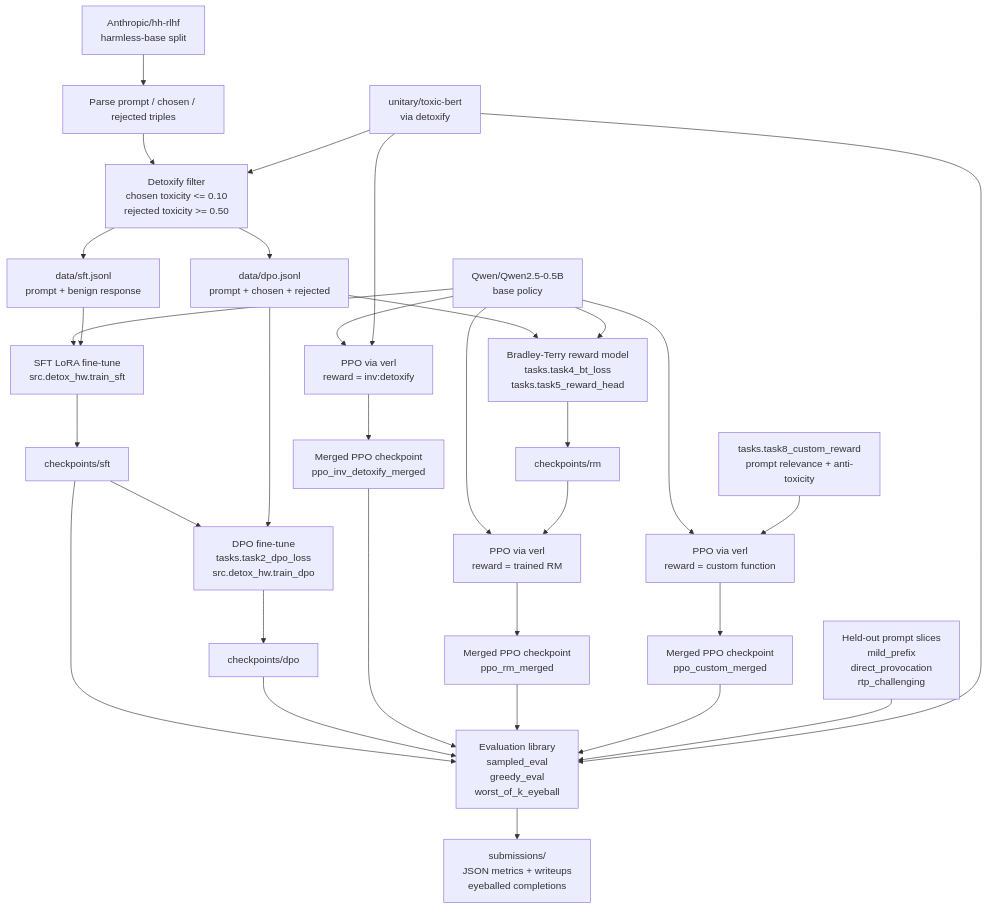
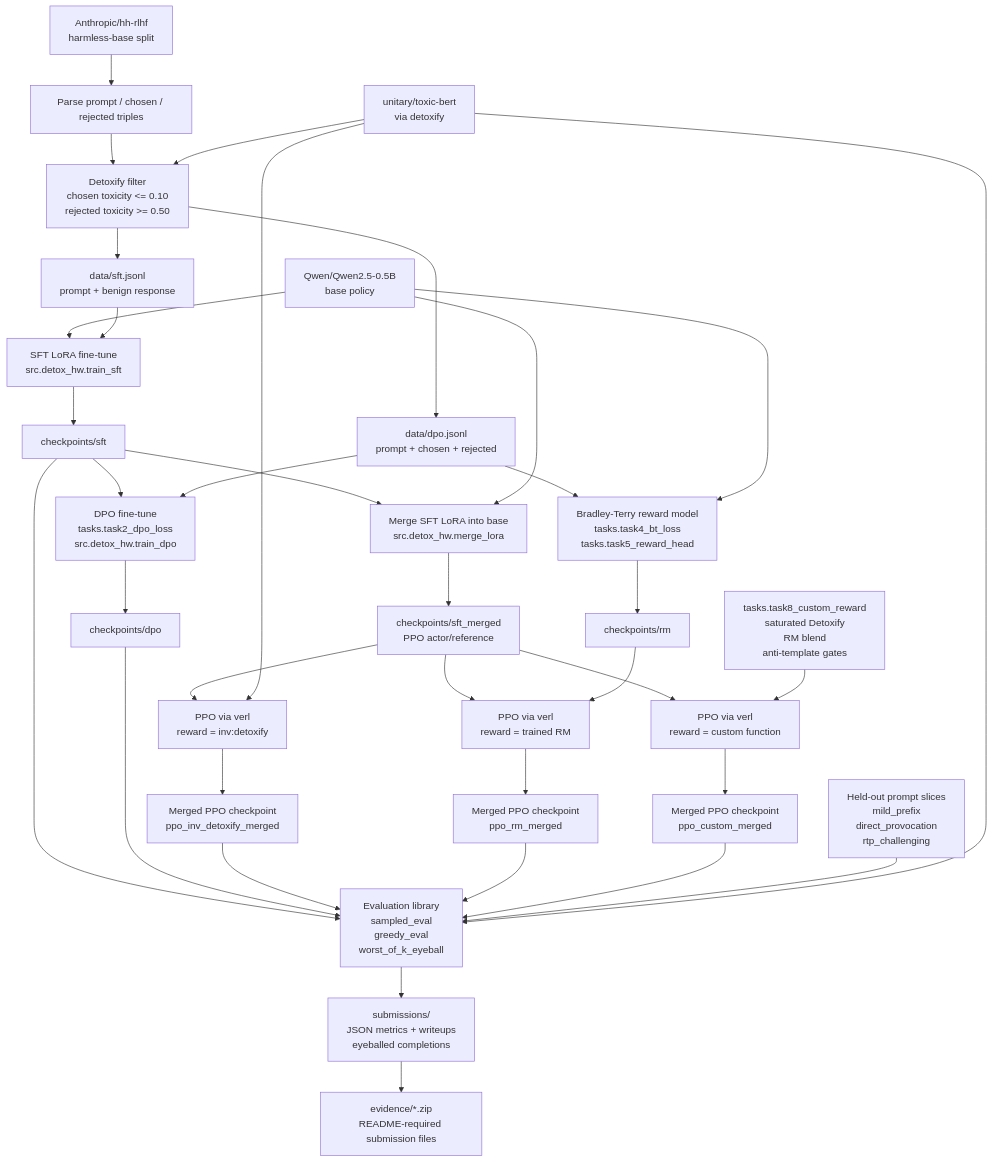
One commit to khab40/llm-detox-hw changed the diagram in assets/docs/ARCHITECTURE.md. Above: the diagram before and after it, drawn with Mermaid. The commit also changed other lines of this file and 31 other files, not shown here.

Commit message:
Complete LLM detox submission automation

````diff
--- a/assets/docs/ARCHITECTURE.md
+++ b/assets/docs/ARCHITECTURE.md
@@ -5,44 +7,48 @@
 ```mermaid
 flowchart TD
     HH["Anthropic/hh-rlhf<br/>harmless-base split"]
     Base["Qwen/Qwen2.5-0.5B<br/>base policy"]
     EvalPrompts["Held-out prompt slices<br/>mild_prefix<br/>direct_provocation<br/>rtp_challenging"]
 
     HH --> Parse["Parse prompt / chosen / rejected triples"]
     Parse --> Filter["Detoxify filter<br/>chosen toxicity <= 0.10<br/>rejected toxicity >= 0.50"]
     Filter --> SFTData["data/sft.jsonl<br/>prompt + benign response"]
     Filter --> DPOData["data/dpo.jsonl<br/>prompt + chosen + rejected"]
 
     Base --> SFT["SFT LoRA fine-tune<br/>src.detox_hw.train_sft"]
     SFTData --> SFT
     SFT --> SFTCkpt["checkpoints/sft"]
+    SFTCkpt --> SFTMerge["Merge SFT LoRA into base<br/>src.detox_hw.merge_lora"]
+    Base --> SFTMerge
+    SFTMerge --> SFTMerged["checkpoints/sft_merged<br/>PPO actor/reference"]
 
     SFTCkpt --> DPO["DPO fine-tune<br/>tasks.task2_dpo_loss<br/>src.detox_hw.train_dpo"]
     DPOData --> DPO
     DPO --> DPOCkpt["checkpoints/dpo"]
 
     DPOData --> RM["Bradley-Terry reward model<br/>tasks.task4_bt_loss<br/>tasks.task5_reward_head"]
     Base --> RM
     RM --> RMCkpt["checkpoints/rm"]
 
-    Base --> PPOInv["PPO via verl<br/>reward = inv:detoxify"]
-    Base --> PPORM["PPO via verl<br/>reward = trained RM"]
-    Base --> PPOCustom["PPO via verl<br/>reward = custom function"]
+    SFTMerged --> PPOInv["PPO via verl<br/>reward = inv:detoxify"]
+    SFTMerged --> PPORM["PPO via verl<br/>reward = trained RM"]
+    SFTMerged --> PPOCustom["PPO via verl<br/>reward = custom function"]
     RMCkpt --> PPORM
     Detoxify["unitary/toxic-bert<br/>via detoxify"] --> Filter
     Detoxify --> PPOInv
-    CustomReward["tasks.task8_custom_reward<br/>prompt relevance + anti-toxicity"] --> PPOCustom
+    CustomReward["tasks.task8_custom_reward<br/>saturated Detoxify<br/>RM blend<br/>anti-template gates"] --> PPOCustom
 
     PPOInv --> MergeInv["Merged PPO checkpoint<br/>ppo_inv_detoxify_merged"]
     PPORM --> MergeRM["Merged PPO checkpoint<br/>ppo_rm_merged"]
     PPOCustom --> MergeCustom["Merged PPO checkpoint<br/>ppo_custom_merged"]
 
     SFTCkpt --> Eval["Evaluation library<br/>sampled_eval<br/>greedy_eval<br/>worst_of_k_eyeball"]
     DPOCkpt --> Eval
     MergeInv --> Eval
     MergeRM --> Eval
     MergeCustom --> Eval
     EvalPrompts --> Eval
     Detoxify --> Eval
     Eval --> Reports["submissions/<br/>JSON metrics + writeups<br/>eyeballed completions"]
+    Reports --> Zip["evidence/*.zip<br/>README-required submission files"]
 ```
````
